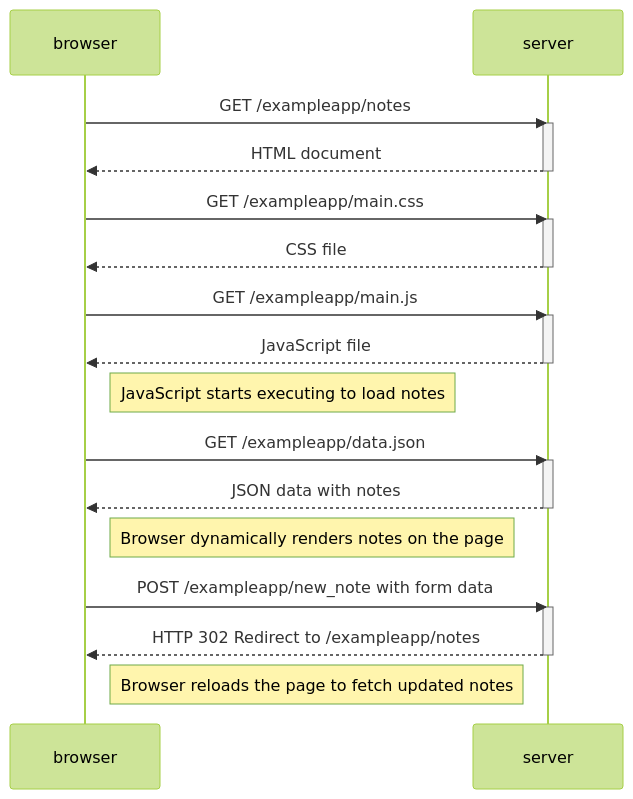
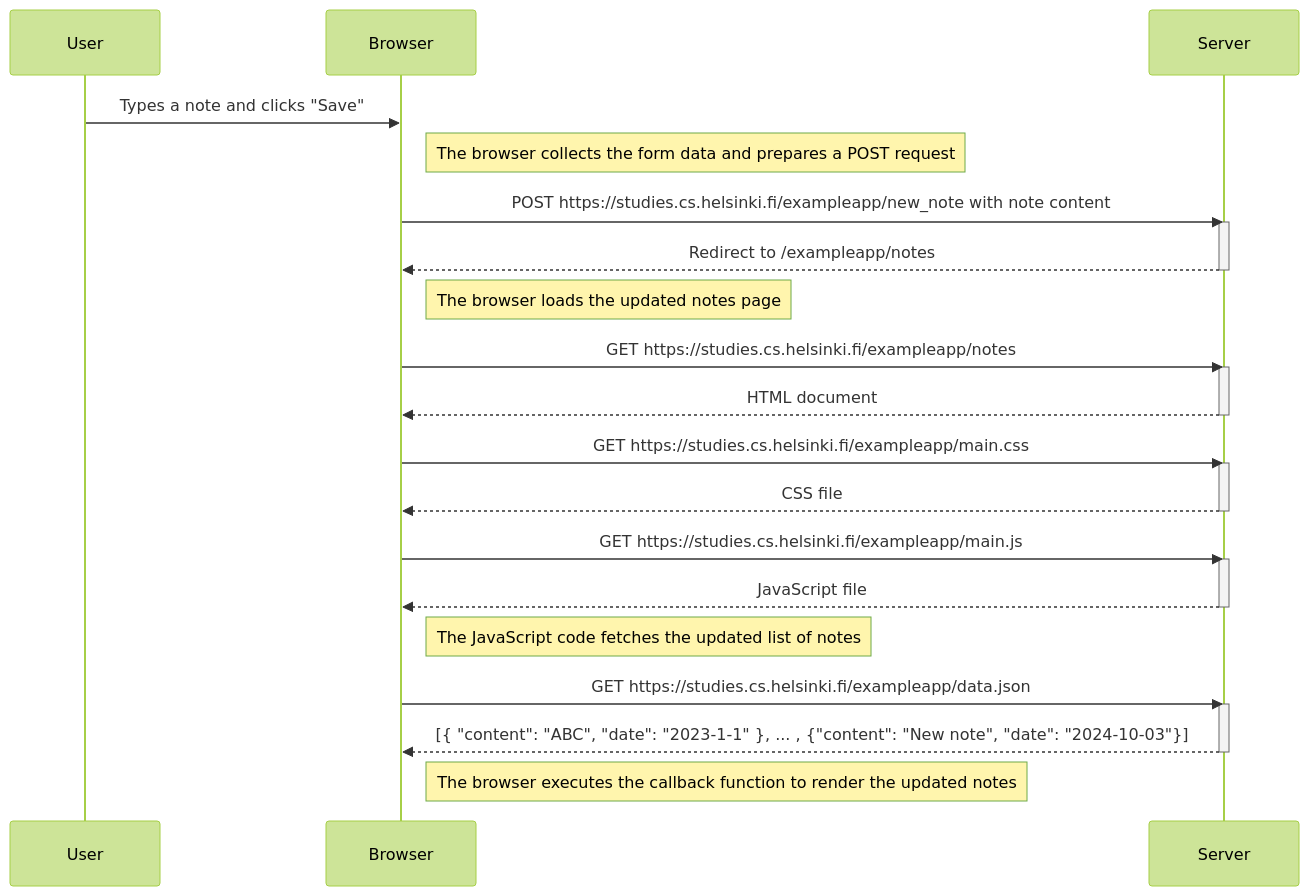
Before and after one commit to cuitrying/FullStackProject: the diagram in part0/diagram1.md, drawn with Mermaid (forest theme).

````diff
--- a/part0/diagram1.md
+++ b/part0/diagram1.md
@@ -1,38 +1,41 @@
 ```mermaid
 
 sequenceDiagram
-    participant browser
-    participant server
+    participant User
+    participant Browser
+    participant Server
 
-    browser->>server: GET /exampleapp/notes
-    activate server
-    server-->>browser: HTML document
-    deactivate server
+    User->>Browser: Types a note and clicks "Save"
+    Note right of Browser: The browser collects the form data and prepares a POST request
+    Browser->>Server: POST https://studies.cs.helsinki.fi/exampleapp/new_note with note content
+    activate Server
+    Server-->>Browser: Redirect to /exampleapp/notes
+    deactivate Server
 
-    browser->>server: GET /exampleapp/main.css
-    activate server
-    server-->>browser: CSS file
-    deactivate server
+    Note right of Browser: The browser loads the updated notes page
 
-    browser->>server: GET /exampleapp/main.js
-    activate server
-    server-->>browser: JavaScript file
-    deactivate server
+    Browser->>Server: GET https://studies.cs.helsinki.fi/exampleapp/notes
+    activate Server
+    Server-->>Browser: HTML document
+    deactivate Server
 
-    Note right of browser: JavaScript starts executing to load notes
+    Browser->>Server: GET https://studies.cs.helsinki.fi/exampleapp/main.css
+    activate Server
+    Server-->>Browser: CSS file
+    deactivate Server
 
-    browser->>server: GET /exampleapp/data.json
-    activate server
-    server-->>browser: JSON data with notes
-    deactivate server
+    Browser->>Server: GET https://studies.cs.helsinki.fi/exampleapp/main.js
+    activate Server
+    Server-->>Browser: JavaScript file
+    deactivate Server
 
-    Note right of browser: Browser dynamically renders notes on the page
+    Note right of Browser: The JavaScript code fetches the updated list of notes
 
-    browser->>server: POST /exampleapp/new_note with form data
-    activate server
-    server-->>browser: HTTP 302 Redirect to /exampleapp/notes
-    deactivate server
+    Browser->>Server: GET https://studies.cs.helsinki.fi/exampleapp/data.json
+    activate Server
+    Server-->>Browser: [{ "content": "ABC", "date": "2023-1-1" }, ... , {"content": "New note", "date": "2024-10-03"}]
+    deactivate Server
 
-    Note right of browser: Browser reloads the page to fetch updated notes
+    Note right of Browser: The browser executes the callback function to render the updated notes
 
 ```
````
